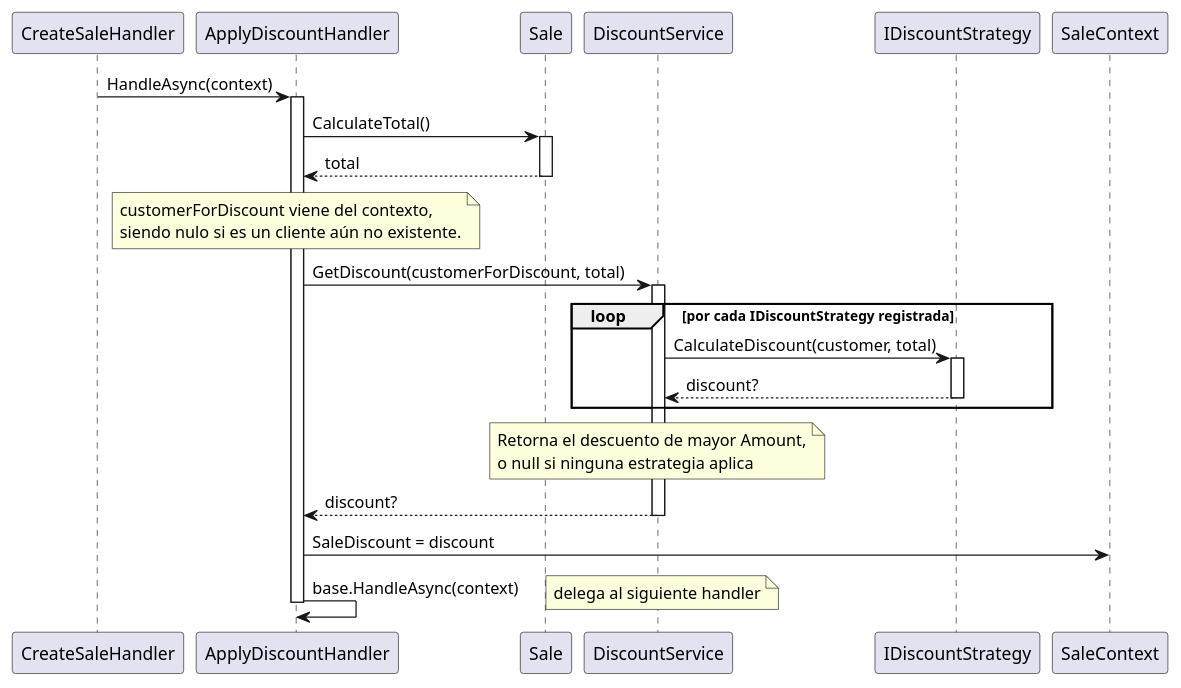
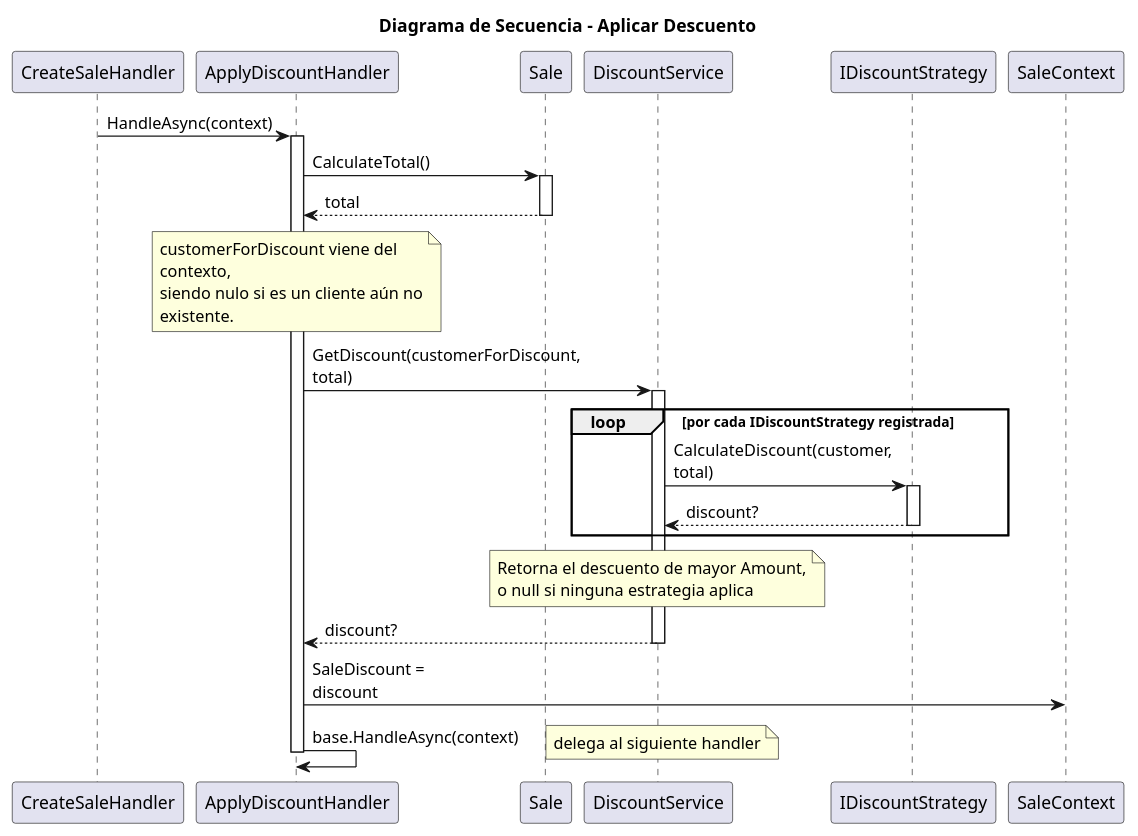
One commit to rogerrocaarano/DesignPatternsDemo changed the diagram in docs/WebApi/seq-handler-apply-discount.puml. Above: the diagram before and after it, drawn with PlantUML. The commit also changed 12 other files, not shown here.

First line of the commit message:
Docs: polish diagrams with titles and skinparams, add calculate-discount sequence

```diff
--- a/docs/WebApi/seq-handler-apply-discount.puml
+++ b/docs/WebApi/seq-handler-apply-discount.puml
@@ -1,47 +1,52 @@
 @startuml
+
+title Diagrama de Secuencia - Aplicar Descuento
+
+skinparam wrapWidth 250
+skinparam maxMessageSize 100
 
 participant CreateSaleHandler
 participant ApplyDiscountHandler
 participant Sale
 participant DiscountService
 participant IDiscountStrategy
 participant SaleContext
 
 CreateSaleHandler -> ApplyDiscountHandler : HandleAsync(context)
 activate ApplyDiscountHandler
 
 ApplyDiscountHandler -> Sale : CalculateTotal()
 activate Sale
 Sale --> ApplyDiscountHandler : total
 deactivate Sale
 
 note over ApplyDiscountHandler
     customerForDiscount viene del contexto, 
     siendo nulo si es un cliente aún no existente.
 end note
 
 ApplyDiscountHandler -> DiscountService : GetDiscount(customerForDiscount, total)
 activate DiscountService
 
 loop por cada IDiscountStrategy registrada
     DiscountService -> IDiscountStrategy : CalculateDiscount(customer, total)
     activate IDiscountStrategy
     IDiscountStrategy --> DiscountService : discount?
     deactivate IDiscountStrategy
 end
 
 note over DiscountService
     Retorna el descuento de mayor Amount,
     o null si ninguna estrategia aplica
 end note
 
 DiscountService --> ApplyDiscountHandler : discount?
 deactivate DiscountService
 
 ApplyDiscountHandler -> SaleContext : SaleDiscount = discount
 
 ApplyDiscountHandler -> ApplyDiscountHandler : base.HandleAsync(context)
 note right : delega al siguiente handler
 deactivate ApplyDiscountHandler
 
 @enduml
```
